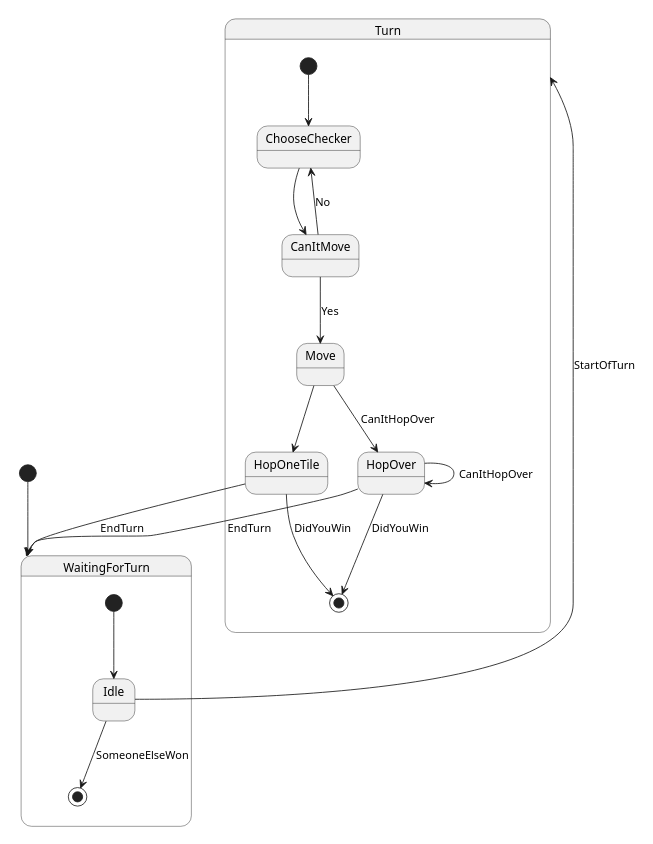
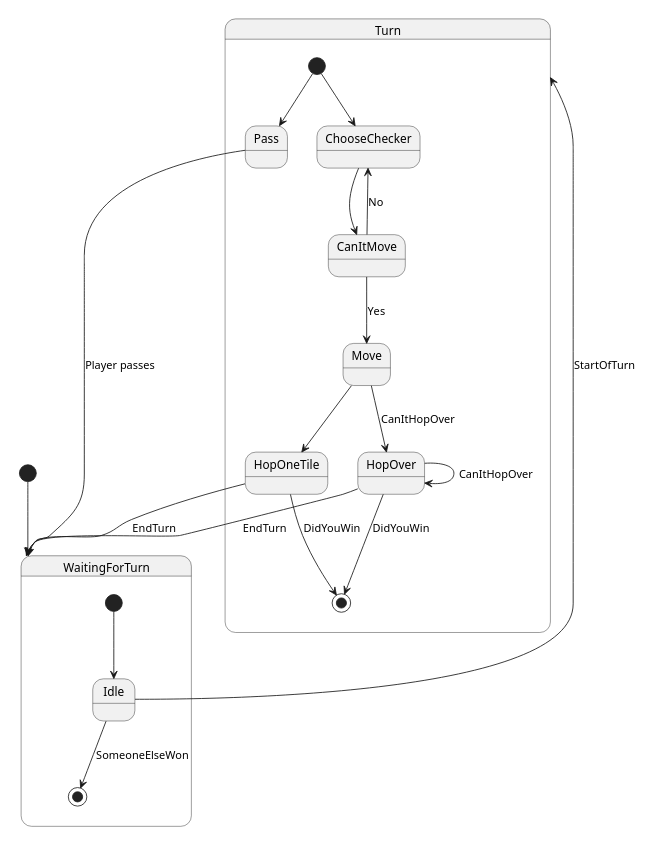
Before and after one commit to norbert791/TPlista5: the diagram in diagrams/State_Diagram.puml, drawn with PlantUML. The commit also changed 3 other files, not shown here.

First line of the commit message:
Modified uml diagrams

```diff
--- a/diagrams/State_Diagram.puml
+++ b/diagrams/State_Diagram.puml
@@ -1,25 +1,27 @@
 @startuml
 'https://plantuml.com/state-diagram
 
 scale 350 width
 [*] --> WaitingForTurn
 
 state Turn {
   [*] --> ChooseChecker
+  [*] --> Pass
+  Pass --> WaitingForTurn : Player passes
   ChooseChecker --> CanItMove
   CanItMove --> ChooseChecker : No
   CanItMove --> Move : Yes
   Move --> HopOneTile
    Move --> HopOver : CanItHopOver
    HopOneTile --> [*] : DidYouWin
    HopOver --> [*] : DidYouWin
   HopOneTile --> WaitingForTurn : EndTurn
   HopOver --> HopOver : CanItHopOver
   HopOver --> WaitingForTurn : EndTurn
 }
 state WaitingForTurn {
   [*] --> Idle
   Idle --> [*] : SomeoneElseWon
   Idle --> Turn : StartOfTurn
 }
 @enduml
```
